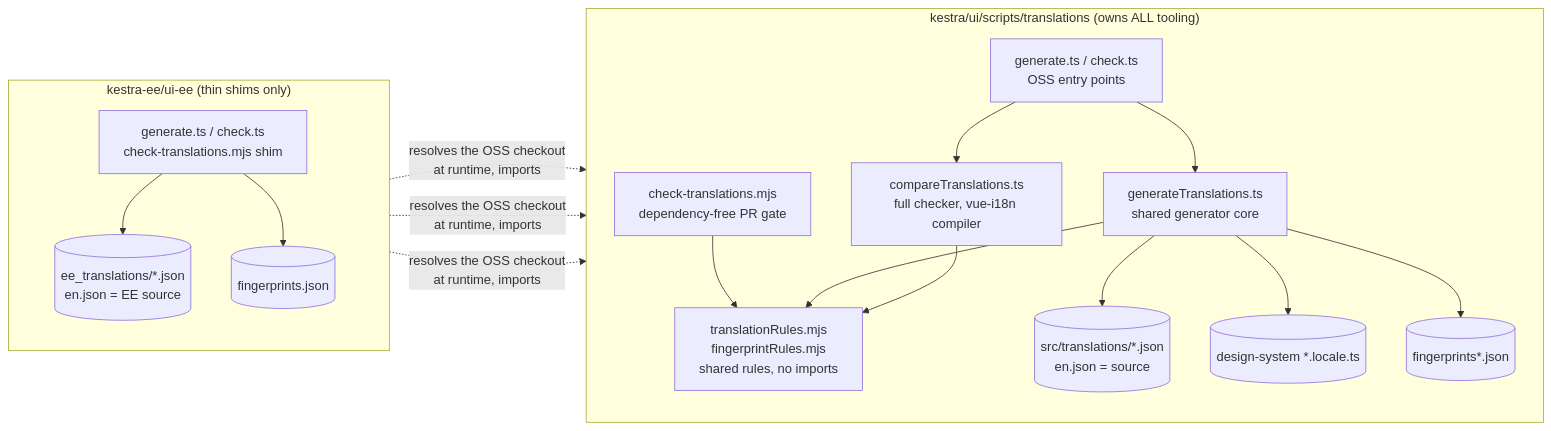
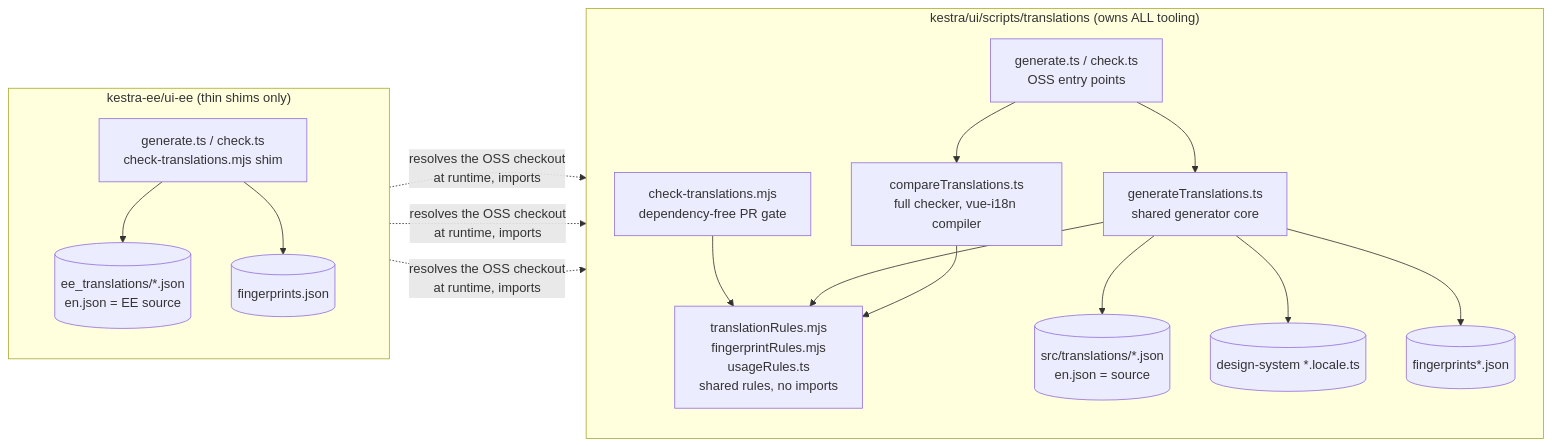
The first of 4 diagrams in ui/scripts/translations/README.md (XSU15/kestra), drawn with Mermaid before and after one commit. The commit also changed other lines of this file and 22 other files, not shown here.

````diff
--- a/ui/scripts/translations/README.md
+++ b/ui/scripts/translations/README.md
@@ -29,29 +29,29 @@
 ```mermaid
 flowchart LR
     subgraph OSS ["kestra/ui/scripts/translations (owns ALL tooling)"]
         direction TB
         gen[generateTranslations.ts<br/>shared generator core]
         cmp[compareTranslations.ts<br/>full checker, vue-i18n compiler]
         gate[check-translations.mjs<br/>dependency-free PR gate]
-        rules[translationRules.mjs<br/>fingerprintRules.mjs<br/>shared rules, no imports]
+        rules[translationRules.mjs<br/>fingerprintRules.mjs<br/>usageRules.ts<br/>shared rules, no imports]
         ossentry[generate.ts / check.ts<br/>OSS entry points]
         ossfp[(fingerprints*.json)]
         ossjson[(src/translations/*.json<br/>en.json = source)]
         dslocale[(design-system *.locale.ts)]
     end
 
     subgraph EE ["kestra-ee/ui-ee (thin shims only)"]
         direction TB
         eeentry[generate.ts / check.ts<br/>check-translations.mjs shim]
         eefp[(fingerprints.json)]
         eejson[(ee_translations/*.json<br/>en.json = EE source)]
     end
 
     ossentry --> gen & cmp
     gate --> rules
     gen --> rules
     cmp --> rules
     eeentry -. "resolves the OSS checkout<br/>at runtime, imports" .-> gen & cmp & gate
     gen --> ossjson & dslocale & ossfp
     eeentry --> eejson & eefp
 ```
````
